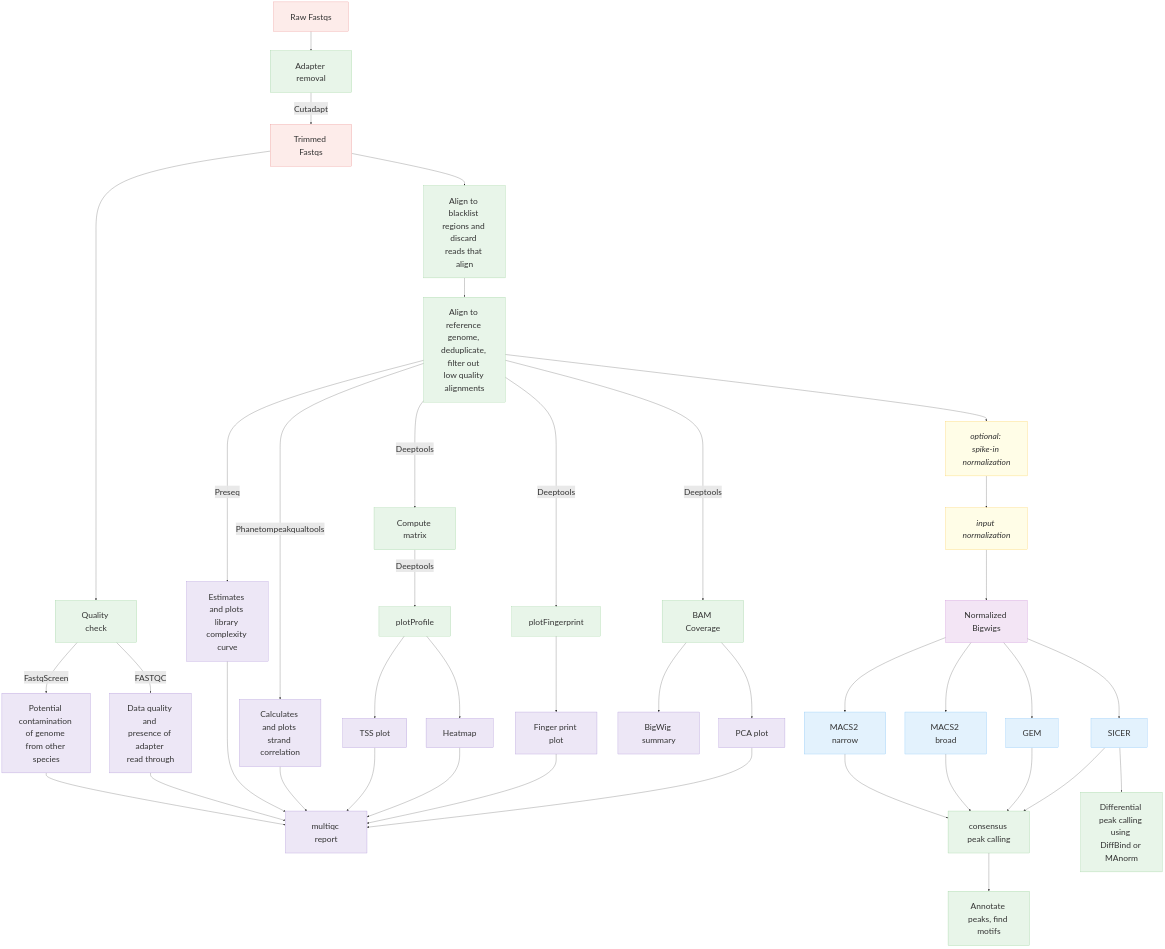
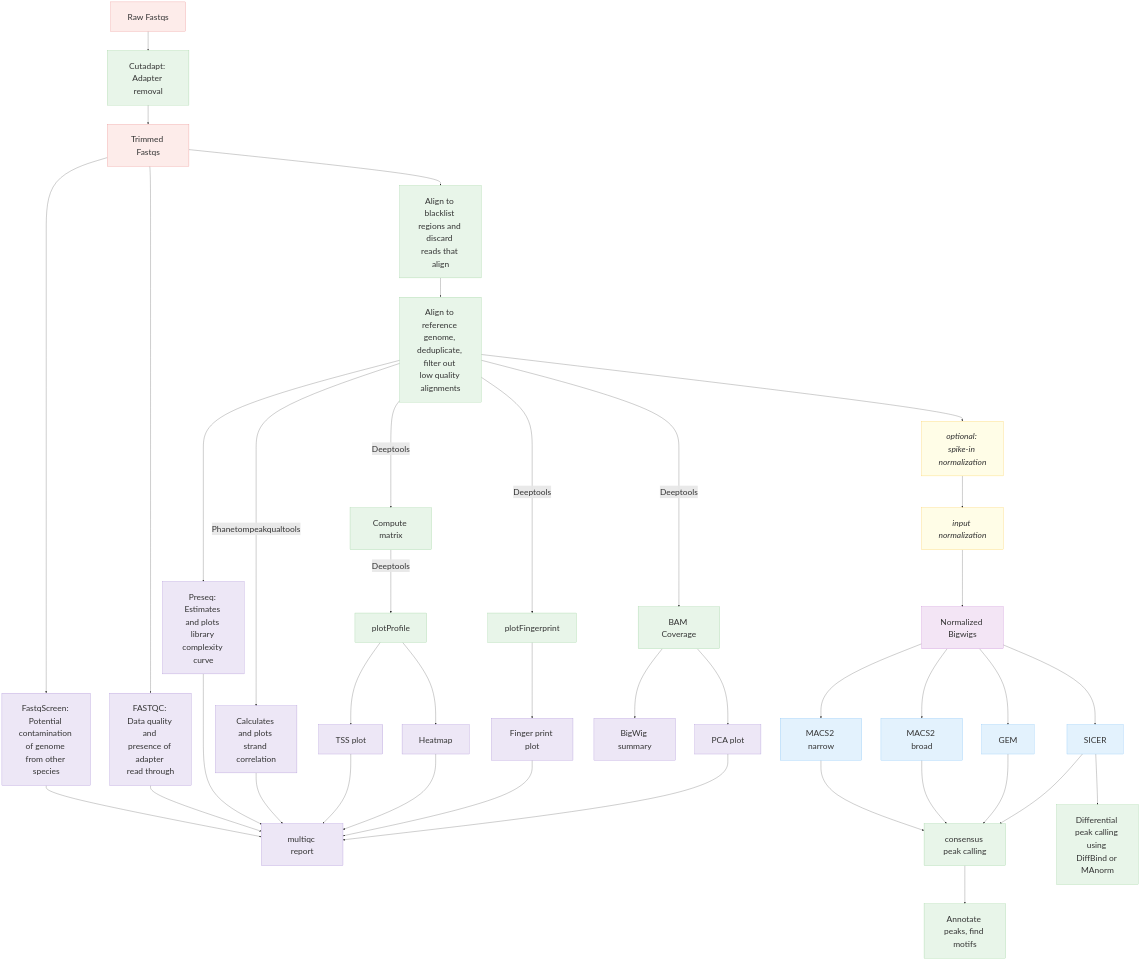
Before and after one commit to CCBR/CHAMPAGNE: the first of 2 diagrams in docs/diagram/index.md, drawn with Mermaid.

Commit message:
Started to remove tools names from the edges.

```diff
--- a/docs/diagram/index.md
+++ b/docs/diagram/index.md
@@ -16,15 +16,15 @@
 flowchart TB
 
   %% Input
-  Raw["Raw Fastqs"]:::input --> Trimming["Adapter removal"]:::process
-  Trimming --> |Cutadapt| Trimmed["Trimmed Fastqs"]:::input
+  Raw["Raw Fastqs"]:::input --> Trimming["Cutadapt: Adapter removal"]:::process
+  Trimming --> Trimmed["Trimmed Fastqs"]:::input
    
   %% Quality Control
-  Trimmed --> QC["Quality check"]:::process
+  %%Trimmed --> QC["Quality check"]:::process
   MultiQC["multiqc report"]:::output
-  QC --> |FastqScreen| Contaminants["Potential contamination of genome from other species"]:::output
+  Trimmed --> Contaminants["FastqScreen: Potential contamination of genome from other species"]:::output
   Contaminants --> MultiQC
-  QC --> |FASTQC| QC_results["Data quality and presence of adapter read through"]:::output
+  Trimmed --> QC_results["FASTQC: Data quality and presence of adapter read through"]:::output
   QC_results --> MultiQC
 
   %% Blacklist filtering
@@ -32,7 +32,7 @@
 
   %% Preseq and alignment
   Blacklist --> Align["Align to reference genome, deduplicate, filter out low quality alignments"]:::process
-  Align ----> |Preseq| Cc["Estimates and plots library complexity curve"]:::output
+  Align ----> Cc["Preseq: Estimates and plots library complexity curve"]:::output
   Cc ---> MultiQC
 
   %% Phantompeakqualtools and alignment
```
